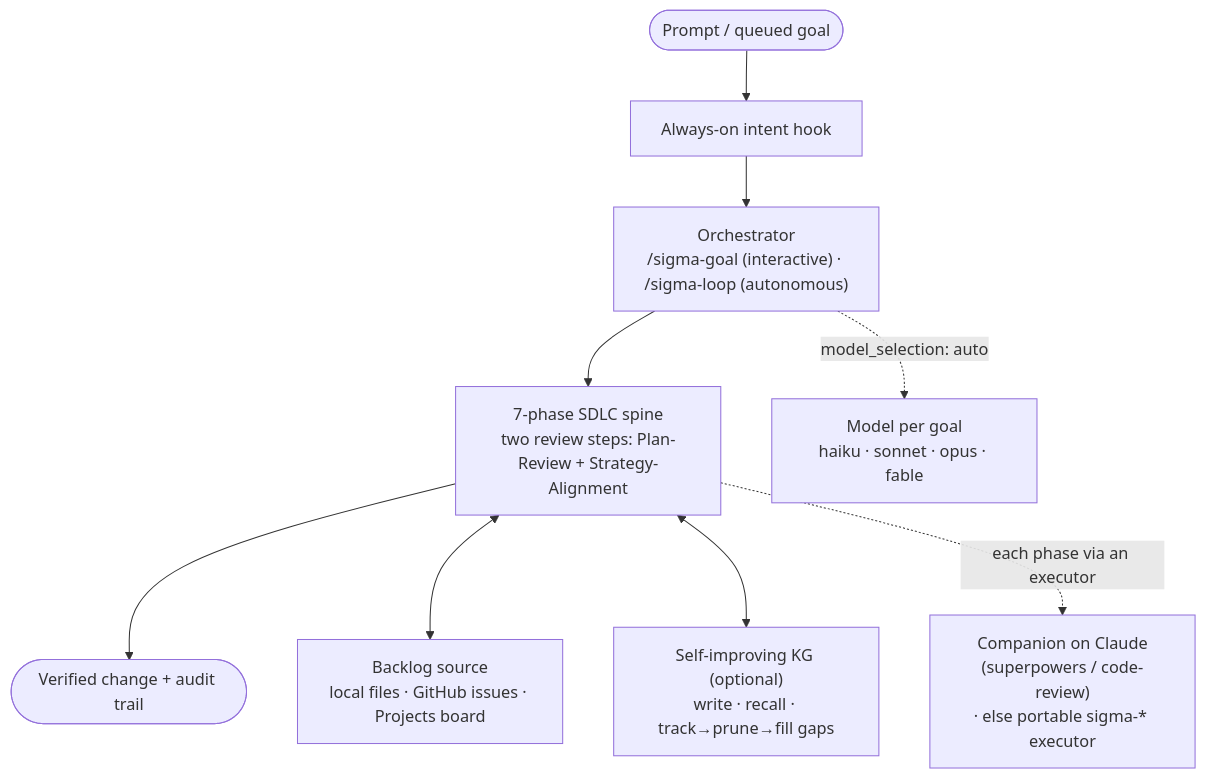
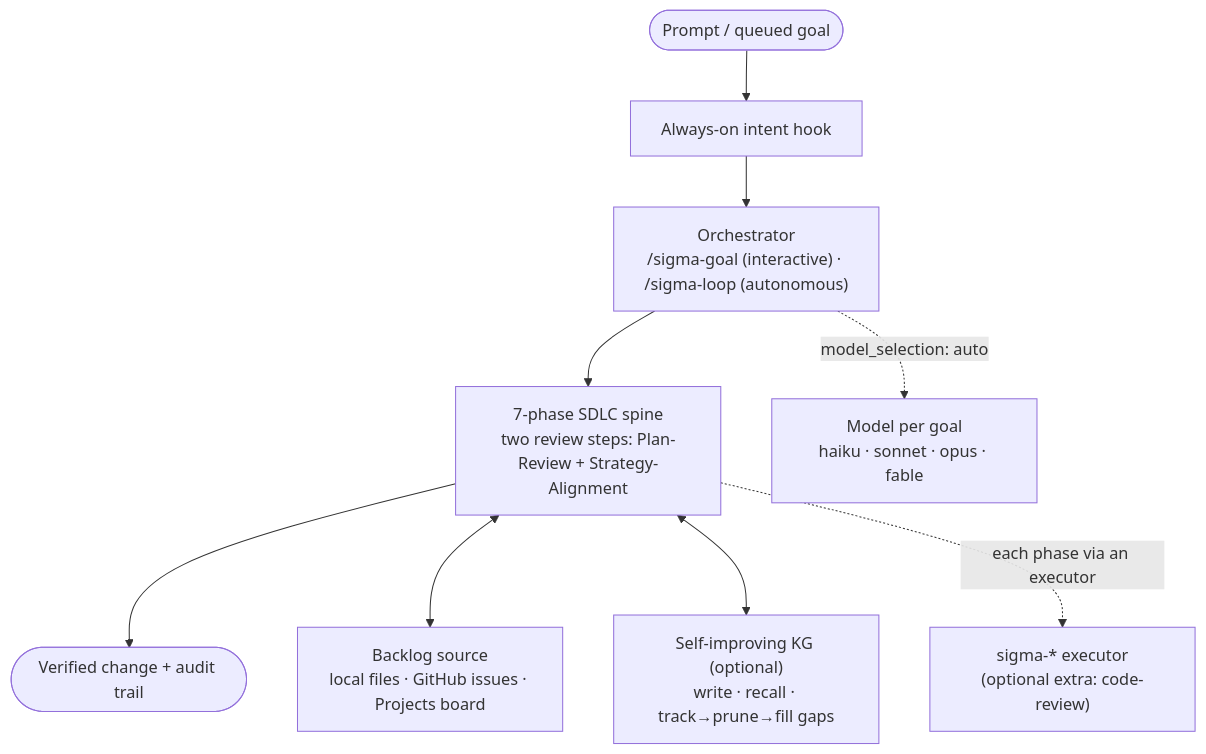
The first of 3 diagrams in docs/architecture.md (Agrim-Intelligence/sigma), drawn with Mermaid before and after one commit. The commit also changed 37 other files, not shown here.

First line of the commit message:
feat(skills): remove superpowers; sigma-* skills are the only phase executors (#1131)

````diff
--- a/docs/architecture.md
+++ b/docs/architecture.md
@@ -33,11 +33,11 @@
 ```mermaid
 flowchart TB
     PROMPT(["Prompt / queued goal"]) --> HOOK["Always-on intent hook"]
     HOOK --> ORCH["Orchestrator<br/>/sigma-goal (interactive) · /sigma-loop (autonomous)"]
     ORCH --> SPINE["7-phase SDLC spine<br/>two review steps: Plan-Review + Strategy-Alignment"]
     ORCH -.->|"model_selection: auto"| MDL["Model per goal<br/>haiku · sonnet · opus · fable"]
     SPINE --> OUT(["Verified change + audit trail"])
     SPINE <--> SRC["Backlog source<br/>local files · GitHub issues · Projects board"]
     SPINE <--> KG["Self-improving KG (optional)<br/>write · recall · track→prune→fill gaps"]
-    SPINE -.->|"each phase via an executor"| COMP["Companion on Claude<br/>(superpowers / code-review)<br/>· else portable sigma-* executor"]
+    SPINE -.->|"each phase via an executor"| COMP["sigma-* executor<br/>(optional extra: code-review)"]
 ```
````
